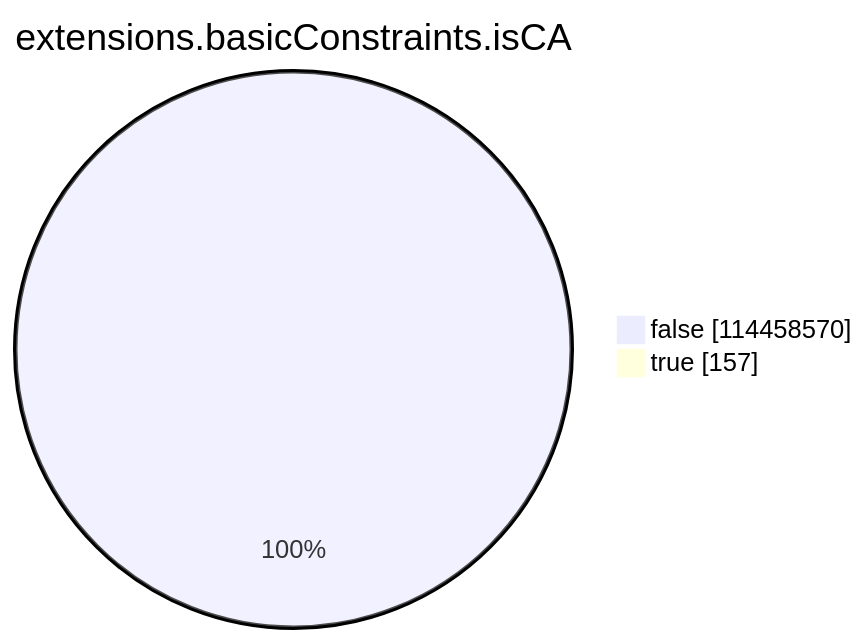
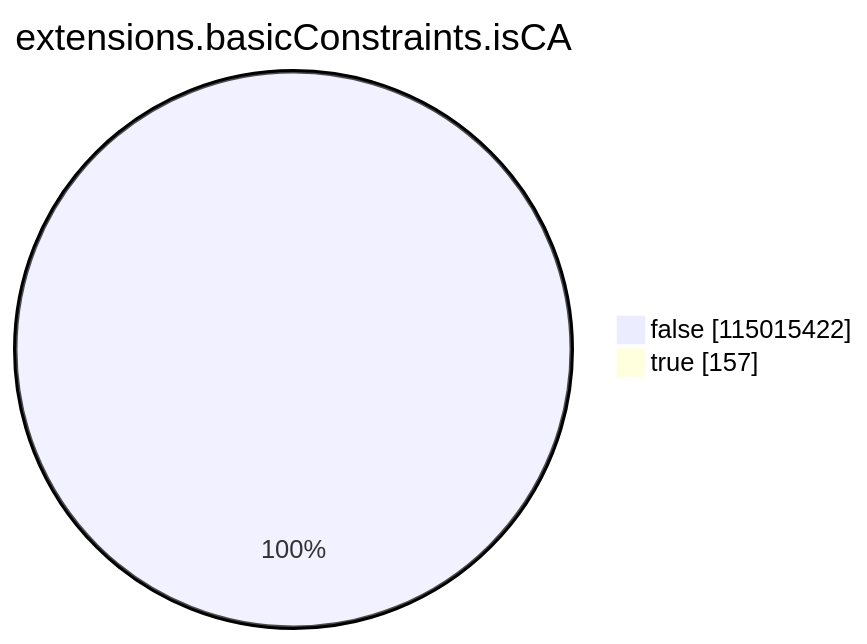
The seventh of 15 diagrams in argon2023/README.md (christiankrug/ctmonitor_visualization), drawn with Mermaid before and after one commit. The commit also changed other lines of this file, not shown here.

````diff
--- a/argon2023/README.md
+++ b/argon2023/README.md
@@ -2146,6 +2148,6 @@
 ```mermaid
 pie showData
 title extensions.basicConstraints.isCA
-"false" :114458570
+"false" :115015422
 "true" :157
 ```
````
